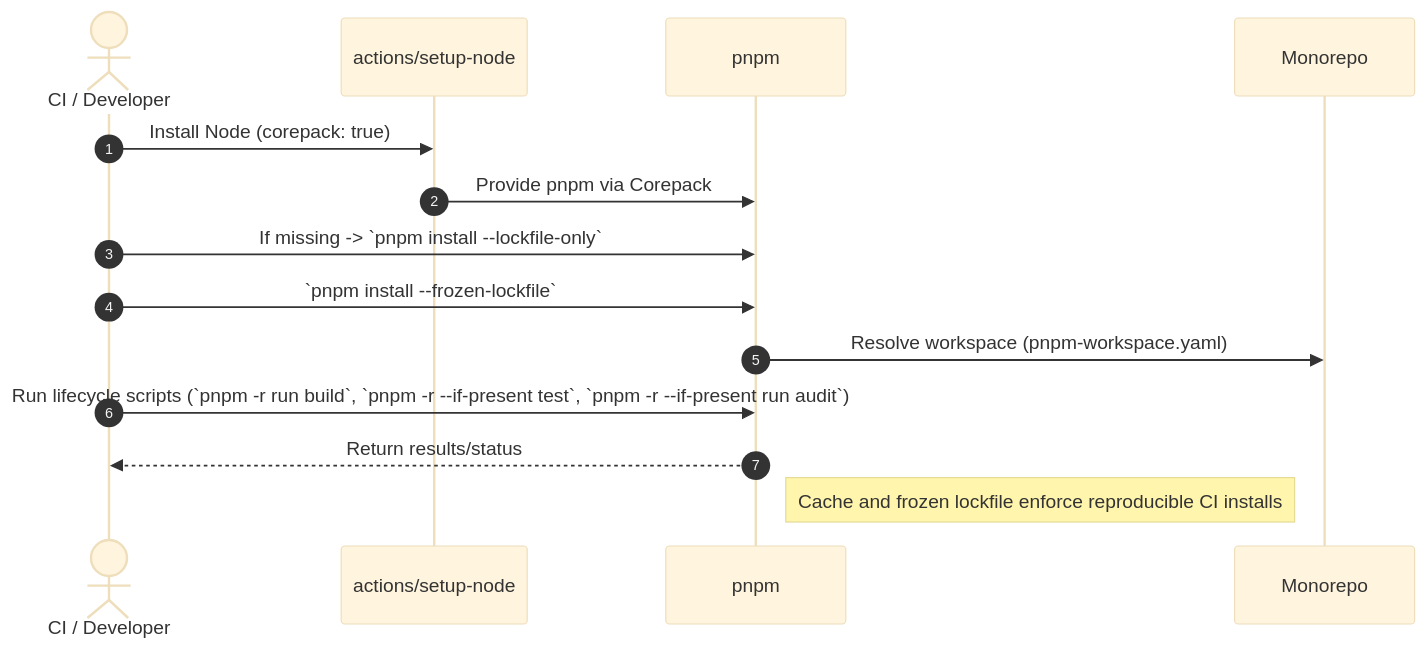
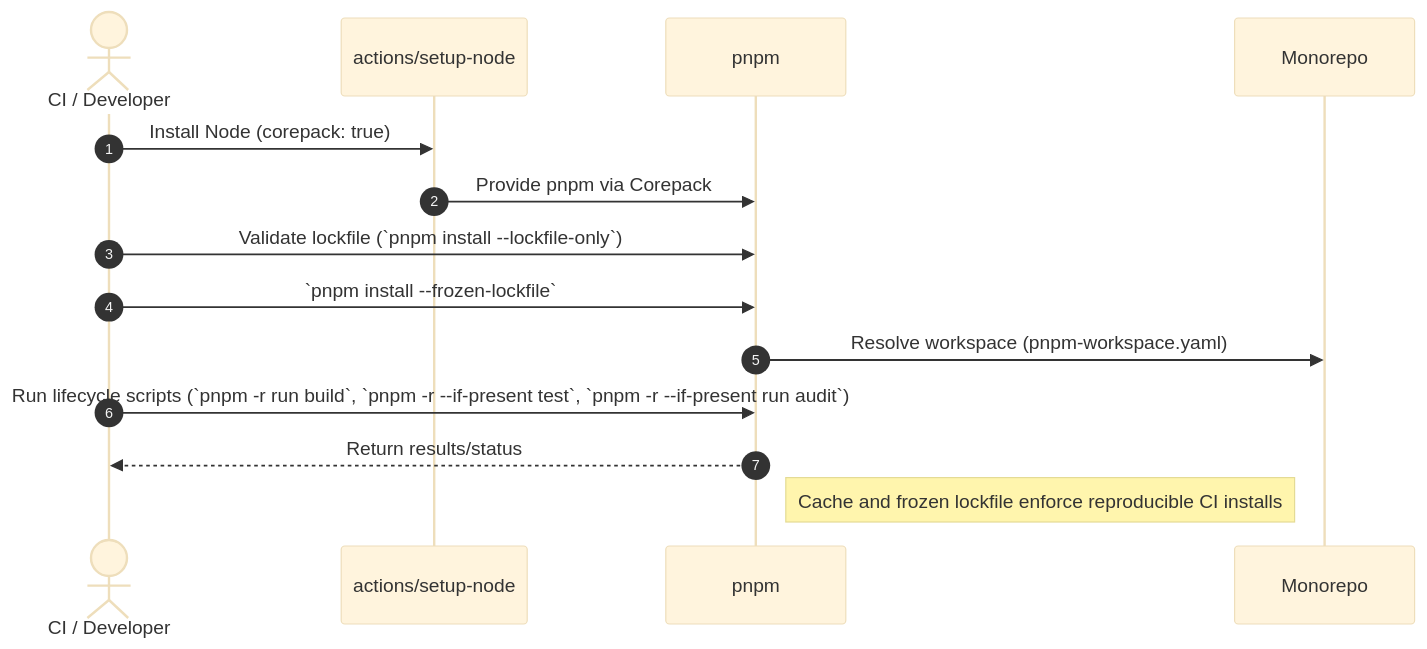
Before and after one commit to leynos/wildside: the third of 5 diagrams in docs/repository-structure.md, drawn with Mermaid (base theme). The commit also changed other lines of this file and 2 other files, not shown here.

Commit message:
Add lockfile consistency check

````diff
--- a/docs/repository-structure.md
+++ b/docs/repository-structure.md
@@ -547,17 +547,17 @@
 ```mermaid
 sequenceDiagram
   autonumber
   actor CI as CI / Developer
   participant NodeSetup as actions/setup-node
   participant PNPM as pnpm
   participant Repo as Monorepo
 
   CI->>NodeSetup: Install Node (corepack: true)
   NodeSetup->>PNPM: Provide pnpm via Corepack
-  CI->>PNPM: If missing -> `pnpm install --lockfile-only`
+  CI->>PNPM: Validate lockfile (`pnpm install --lockfile-only`)
   CI->>PNPM: `pnpm install --frozen-lockfile`
   PNPM->>Repo: Resolve workspace (pnpm-workspace.yaml)
   CI->>PNPM: Run lifecycle scripts (`pnpm -r run build`, `pnpm -r --if-present test`, `pnpm -r --if-present run audit`)
   PNPM-->>CI: Return results/status
   note right of PNPM: Cache and frozen lockfile enforce reproducible CI installs
 ```
````
